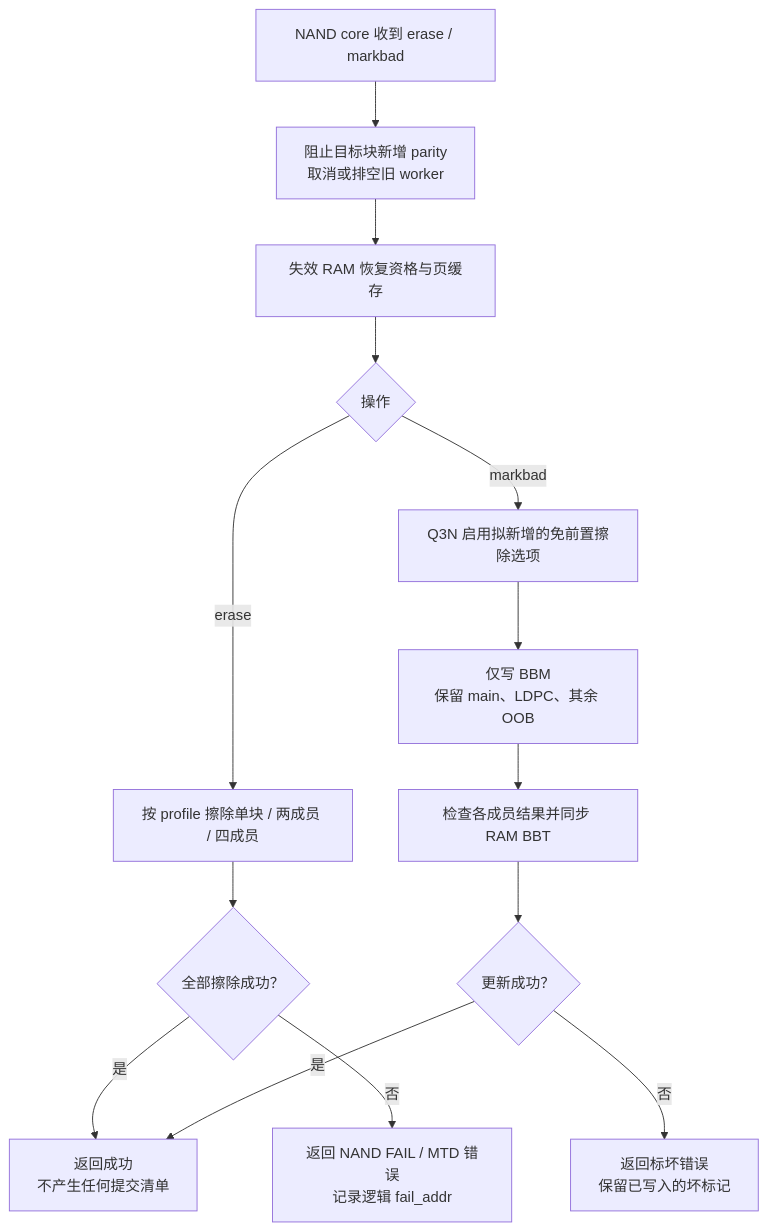
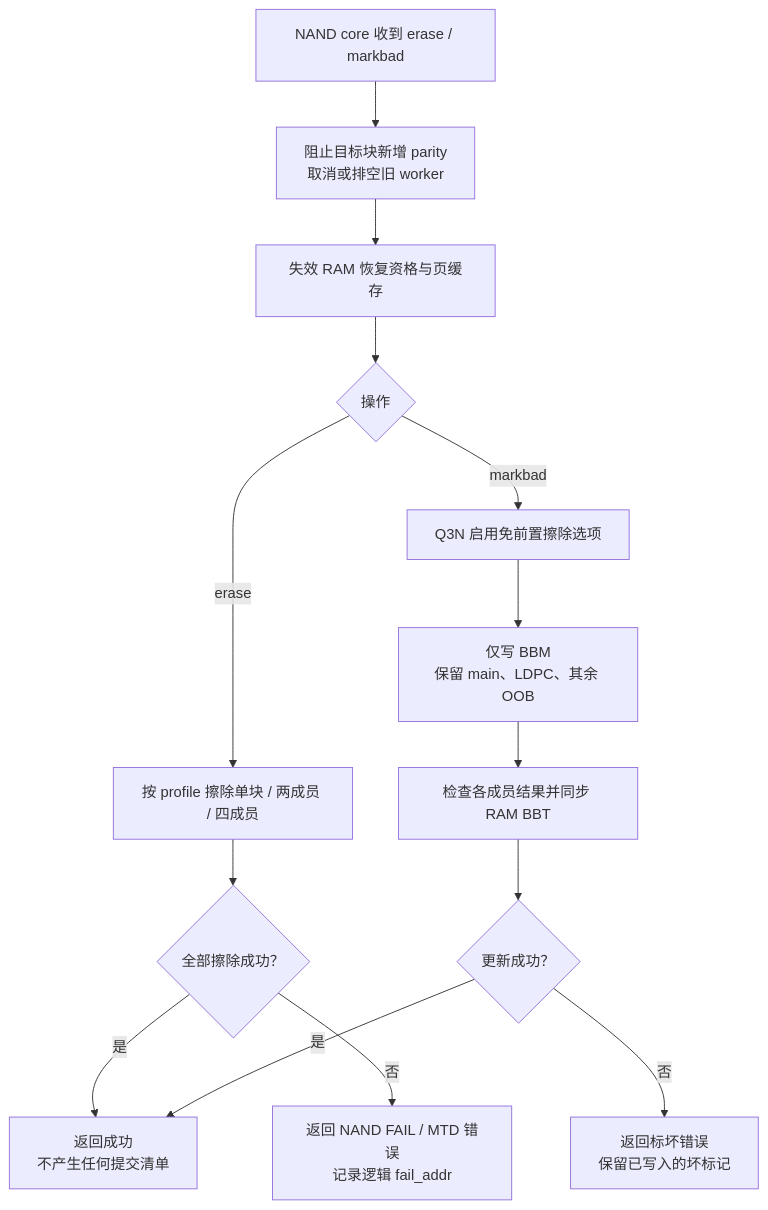
Before and after one commit to avenstar65/3dnand_test: diagram 17 of 18 in docs/superpowers/specs/2026-08-30-multiplane-page-raid1-raid5-design.md, drawn with Mermaid. The commit also changed other lines of this file and 20 other files, not shown here.

````diff
--- a/docs/superpowers/specs/2026-08-30-multiplane-page-raid1-raid5-design.md
+++ b/docs/superpowers/specs/2026-08-30-multiplane-page-raid1-raid5-design.md
@@ -612,16 +777,16 @@
 ```mermaid
 flowchart TD
     U["NAND core 收到 erase / markbad"] --> Stop["阻止目标块新增 parity<br/>取消或排空旧 worker"]
     Stop --> Invalidate["失效 RAM 恢复资格与页缓存"]
     Invalidate --> Type{"操作"}
     Type -->|"erase"| Erase["按 profile 擦除单块 / 两成员 / 四成员"]
     Erase --> EOK{"全部擦除成功？"}
     EOK -->|"是"| Done["返回成功<br/>不产生任何提交清单"]
     EOK -->|"否"| Fail["返回 NAND FAIL / MTD 错误<br/>记录逻辑 fail_addr"]
-    Type -->|"markbad"| Skip["Q3N 启用拟新增的免前置擦除选项"]
+    Type -->|"markbad"| Skip["Q3N 启用免前置擦除选项"]
     Skip --> OOB["仅写 BBM<br/>保留 main、LDPC、其余 OOB"]
     OOB --> BBT["检查各成员结果并同步 RAM BBT"]
     BBT --> MOK{"更新成功？"}
     MOK -->|"是"| Done
     MOK -->|"否"| MF["返回标坏错误<br/>保留已写入的坏标记"]
 ```
````
